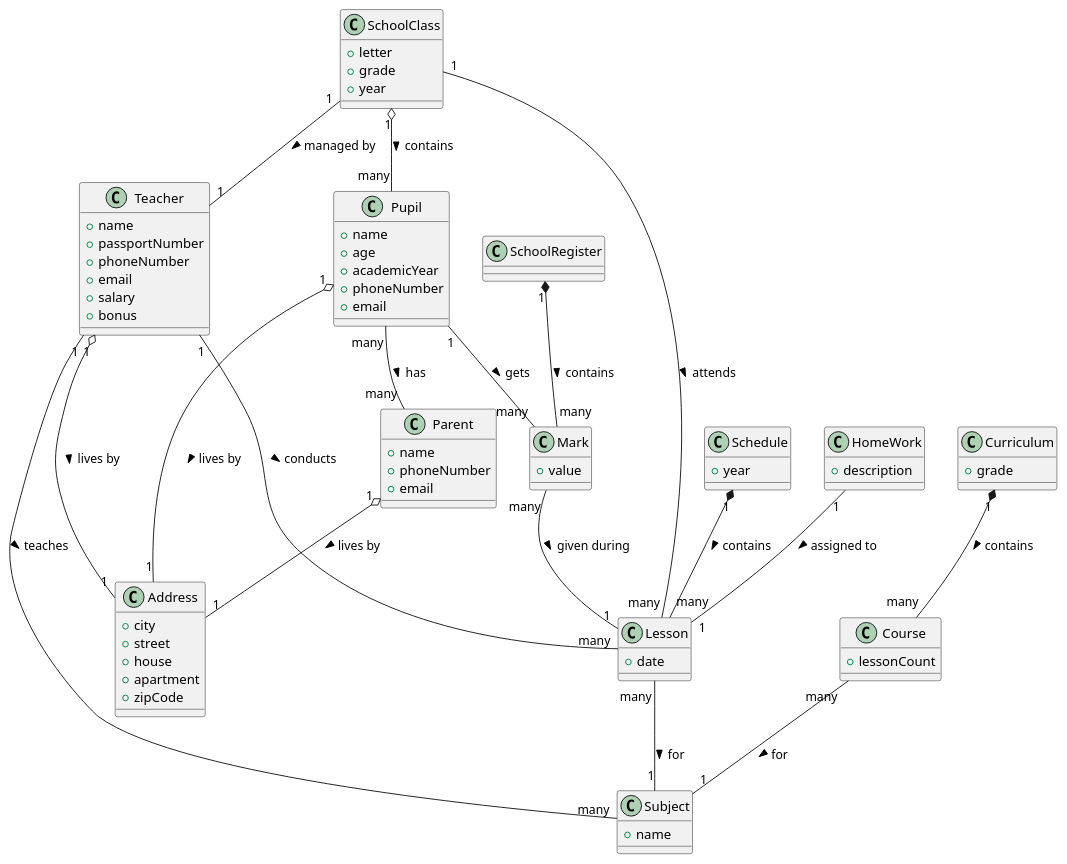
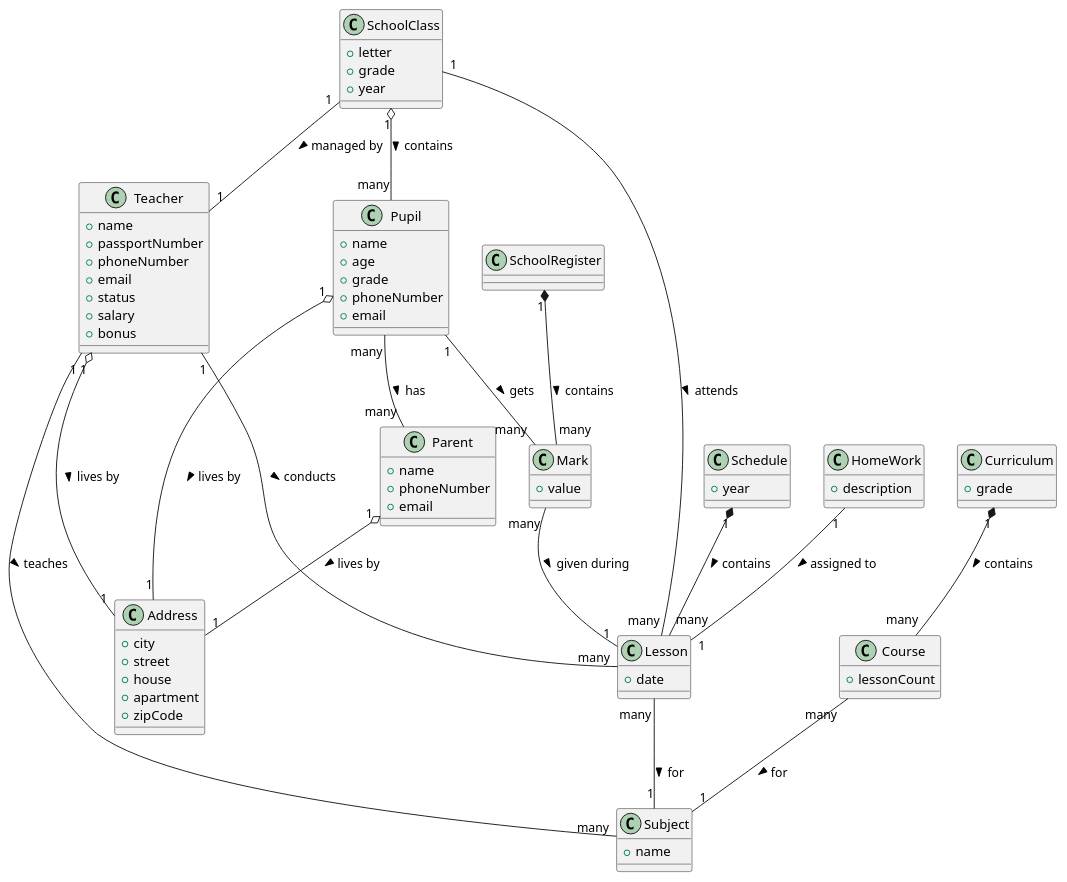
Before and after one commit to vzhuleho/microservices-school: the diagram in domain-model.puml, drawn with PlantUML. The commit also changed 4 other files, not shown here.

```diff
--- a/domain-model.puml
+++ b/domain-model.puml
@@ -1,92 +1,93 @@
 @startuml
 
 class Teacher {
     + name
     + passportNumber
     + phoneNumber
     + email
+    + status
     + salary
     + bonus
 }
 
 class Subject {
     + name
 }
 
 class Pupil {
     + name
     + age
-    + academicYear
+    + grade
     + phoneNumber
     + email
 }
 
 class Address {
     + city
     + street
     + house
     + apartment
     + zipCode
 }
 
 class Parent {
     + name
     + phoneNumber
     + email
 }
 
 class SchoolClass {
     + letter
     + grade
     + year
 }
 
 class Schedule {
     + year
 }
 
 class Lesson {
     + date
 }
 
 
 class Curriculum {
     + grade
 }
 
 class Course {
     + lessonCount
 }
 
 class SchoolRegister {
 
 }
 
 class Mark {
     + value
 }
 
 class HomeWork {
     + description
 }
 
 
 Pupil "1" o-- "1" Address : lives by >
 Parent "1" o-- "1" Address : lives by >
 Pupil "many" -- "many" Parent: has >
 Teacher "1" o-- "1" Address : lives by >
 Teacher "1" -- "many" Subject : teaches >
 SchoolClass "1" -- "1" Teacher: managed by >
 SchoolClass "1" o-- "many" Pupil: contains >
 Schedule "1" *-- "many" Lesson: contains >
 Teacher "1" -- "many" Lesson: conducts >
 SchoolClass "1" -- "many" Lesson: attends >
 Curriculum "1" *-- "many" Course: contains >
 Course "many" -- "1" Subject: for >
 SchoolRegister "1" *-- "many" Mark: contains >
 Mark "many" -- "1" Lesson: given during >
 Pupil "1" -- "many" Mark: gets >
 Lesson "many" -- "1" Subject: for >
 HomeWork "1" -- "1" Lesson: assigned to >
 
 @enduml
```
